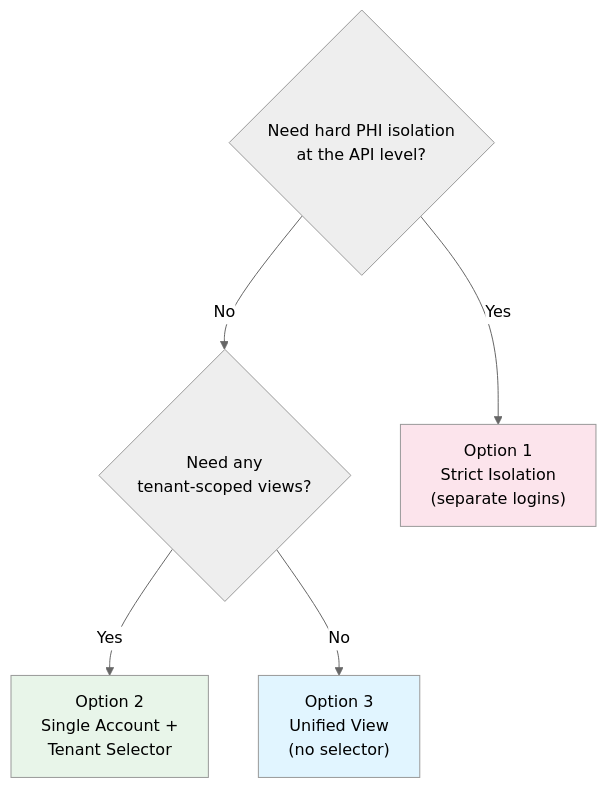
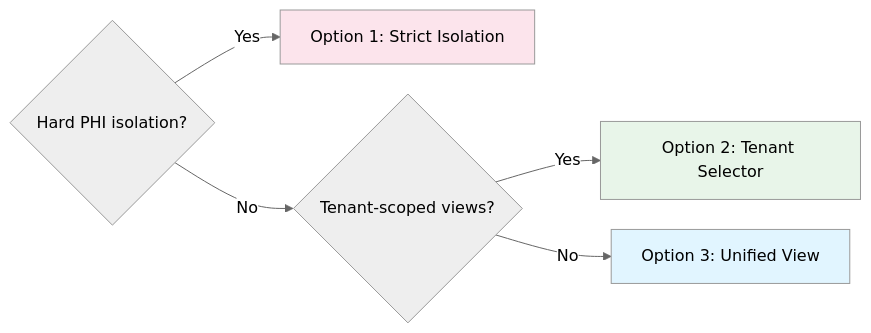
Before and after one commit to medplum/medplum: the first of 5 diagrams in packages/docs/docs/access/tenant-selector.mdx, drawn with Mermaid. The commit also changed other lines of this file, not shown here.

First line of the commit message:
Polish tenant selector diagrams and table

````diff
--- a/packages/docs/docs/access/tenant-selector.mdx
+++ b/packages/docs/docs/access/tenant-selector.mdx
@@ -25,18 +25,12 @@
 ```mermaid
-%%{init: {'theme': 'neutral' }}%%
-flowchart TB
-    Q1{"Need hard PHI isolation\nat the API level?"}
-    Q2{"Need any\ntenant-scoped views?"}
-    O1["Option 1<br/>Strict Isolation<br/>(separate logins)"]
-    O2["Option 2<br/>Single Account +<br/>Tenant Selector"]
-    O3["Option 3<br/>Unified View<br/>(no selector)"]
-
-    Q1 -->|Yes| O1
-    Q1 -->|No| Q2
-    Q2 -->|Yes| O2
-    Q2 -->|No| O3
+%%{init: {'theme': 'neutral', 'flowchart': {'nodeSpacing': 30, 'rankSpacing': 40}}}%%
+flowchart LR
+    Q1{"Hard PHI isolation?"} -->|Yes| O1[Option 1: Strict Isolation]
+    Q1 -->|No| Q2{"Tenant-scoped views?"}
+    Q2 -->|Yes| O2[Option 2: Tenant Selector]
+    Q2 -->|No| O3[Option 3: Unified View]
 
     style O1 fill:#fce4ec
     style O2 fill:#e8f5e9
     style O3 fill:#e1f5ff
 ```
````
